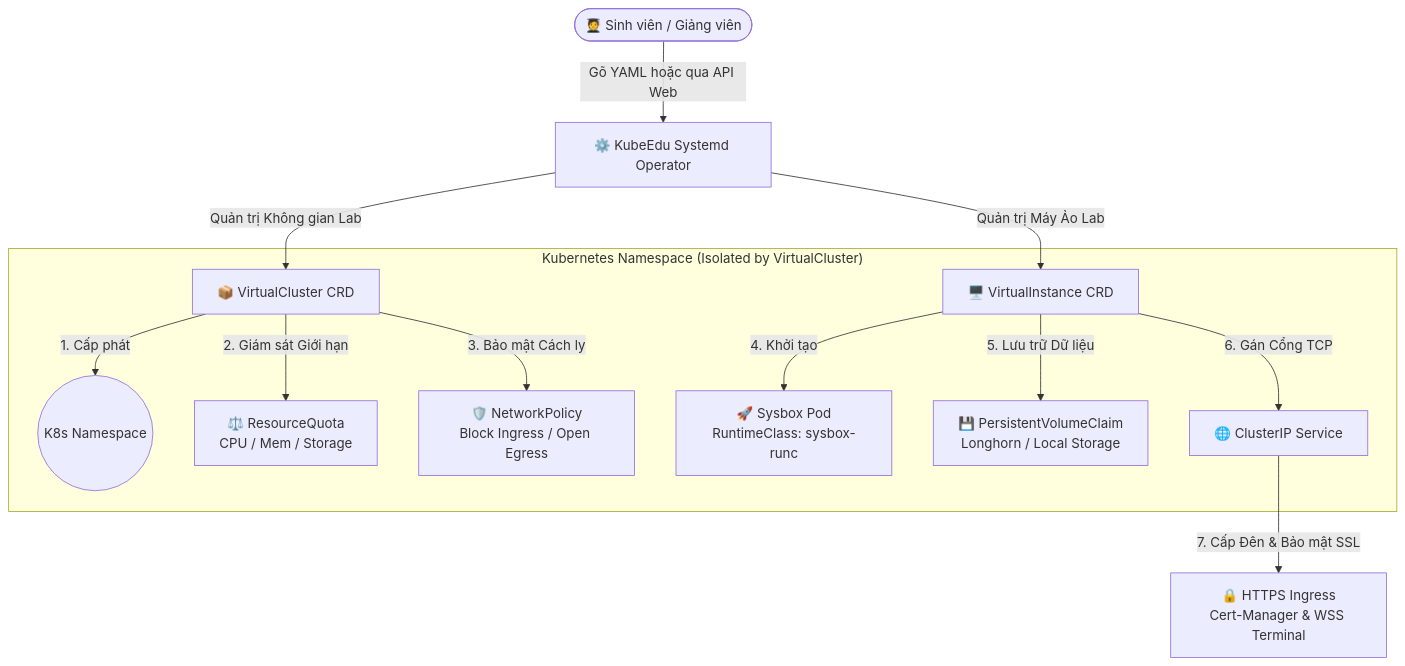
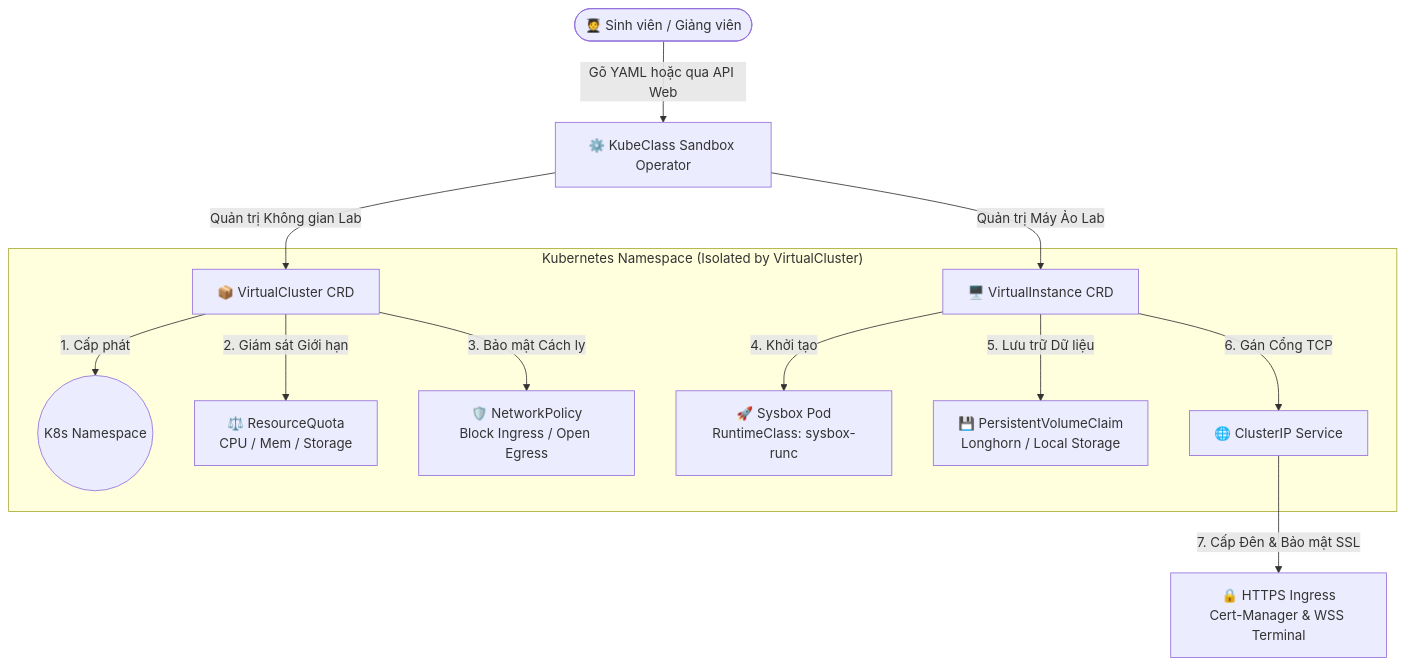
Before and after one commit to NggThuHa/sandbox-operator: the diagram in README.md, drawn with Mermaid. The commit also changed other lines of this file and 13 other files, not shown here.

Commit message:
chore: rename module and update package import paths from systemd-operator to sandbox-operator

````diff
--- a/README.md
+++ b/README.md
@@ -15,18 +15,18 @@
 ```mermaid
 graph TD
-    User([🧑‍🎓 Sinh viên / Giảng viên]) -->|Gõ YAML hoặc qua API Web| Operator[⚙️ KubeEdu Systemd Operator]
+    User([🧑‍🎓 Sinh viên / Giảng viên]) -->|Gõ YAML hoặc qua API Web| Operator[⚙️ KubeClass Sandbox Operator]
     Operator -->|Quản trị Không gian Lab| VC[📦 VirtualCluster CRD]
     Operator -->|Quản trị Máy Ảo Lab| VI[🖥️ VirtualInstance CRD]
 
     subgraph "Kubernetes Namespace (Isolated by VirtualCluster)"
         VC -->|1. Cấp phát| NS((K8s Namespace))
         VC -->|2. Giám sát Giới hạn| RQ[⚖️ ResourceQuota<br/>CPU / Mem / Storage]
         VC -->|3. Bảo mật Cách ly| NP[🛡️ NetworkPolicy<br/>Block Ingress / Open Egress]
         
         VI -->|4. Khởi tạo| Pod[🚀 Sysbox Pod<br/>RuntimeClass: sysbox-runc]
         VI -->|5. Lưu trữ Dữ liệu| PVC[💾 PersistentVolumeClaim<br/>Longhorn / Local Storage]
         VI -->|6. Gán Cổng TCP| SVC[🌐 ClusterIP Service]
     end
 
     SVC -->|7. Cấp Đên & Bảo mật SSL| ING[🔒 HTTPS Ingress<br/>Cert-Manager & WSS Terminal]
 ```
````
